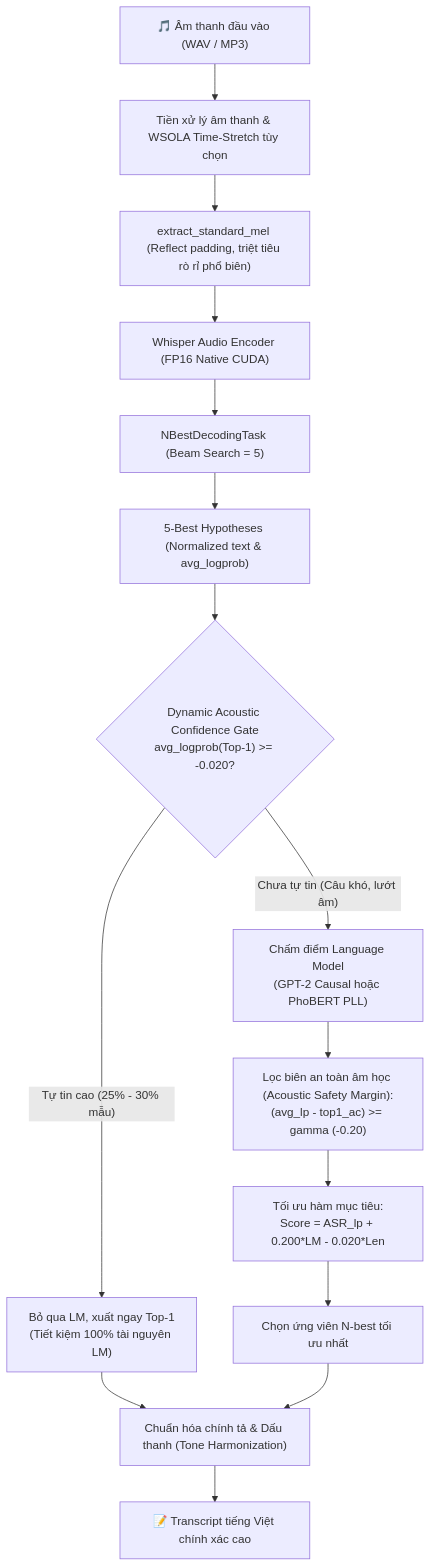
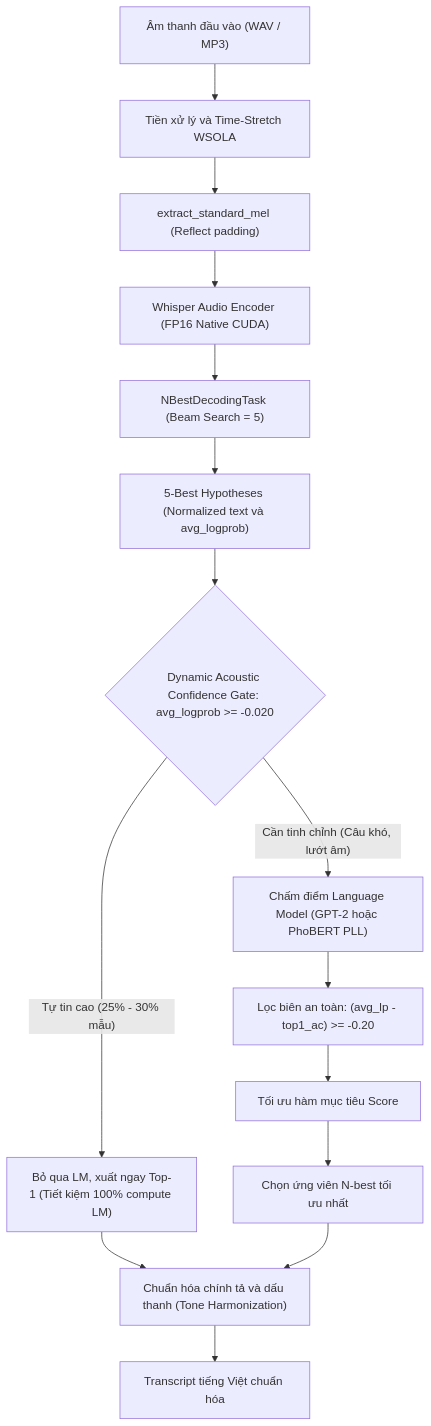
Before and after one commit to apase95/Speech-to-Text-PhoWhisper: the diagram in README.md, drawn with Mermaid. The commit also changed other lines of this file and 1 other file, not shown here.

Commit message:
docs: fix Mermaid and KaTeX rendering on GitHub, add foundation model links

````diff
--- a/README.md
+++ b/README.md
@@ -77,21 +77,21 @@
 ```mermaid
-flowchart TD
-    Audio["🎵 Âm thanh đầu vào (WAV / MP3)"] --> Pre["Tiền xử lý âm thanh & WSOLA Time-Stretch tùy chọn"]
-    Pre --> Mel["extract_standard_mel (Reflect padding, triệt tiêu rò rỉ phổ biên)"]
+graph TD
+    Audio["Âm thanh đầu vào (WAV / MP3)"] --> Pre["Tiền xử lý và Time-Stretch WSOLA"]
+    Pre --> Mel["extract_standard_mel (Reflect padding)"]
     Mel --> Enc["Whisper Audio Encoder (FP16 Native CUDA)"]
     Enc --> Dec["NBestDecodingTask (Beam Search = 5)"]
-    Dec --> NBest["5-Best Hypotheses (Normalized text & avg_logprob)"]
+    Dec --> NBest["5-Best Hypotheses (Normalized text và avg_logprob)"]
     
-    NBest --> Gate{"Dynamic Acoustic Confidence Gate<br/>avg_logprob(Top-1) >= -0.020?"}
+    NBest --> Gate{"Dynamic Acoustic Confidence Gate: avg_logprob >= -0.020"}
     
-    Gate -- "Tự tin cao (25% - 30% mẫu)" --> FastOut["Bỏ qua LM, xuất ngay Top-1<br/>(Tiết kiệm 100% tài nguyên LM)"]
+    Gate -->|"Tự tin cao (25% - 30% mẫu)"| FastOut["Bỏ qua LM, xuất ngay Top-1 (Tiết kiệm 100% compute LM)"]
+    Gate -->|"Cần tinh chỉnh (Câu khó, lướt âm)"| LM["Chấm điểm Language Model (GPT-2 hoặc PhoBERT PLL)"]
     
-    Gate -- "Chưa tự tin (Câu khó, lướt âm)" --> LM["Chấm điểm Language Model<br/>(GPT-2 Causal hoặc PhoBERT PLL)"]
-    LM --> Safety["Lọc biên an toàn âm học (Acoustic Safety Margin):<br/>(avg_lp - top1_ac) >= gamma (-0.20)"]
-    Safety --> Objective["Tối ưu hàm mục tiêu:<br/>Score = ASR_lp + 0.200*LM - 0.020*Len"]
+    LM --> Safety["Lọc biên an toàn: (avg_lp - top1_ac) >= -0.20"]
+    Safety --> Objective["Tối ưu hàm mục tiêu Score"]
     Objective --> BestCand["Chọn ứng viên N-best tối ưu nhất"]
     
-    FastOut --> Harm["Chuẩn hóa chính tả & Dấu thanh (Tone Harmonization)"]
+    FastOut --> Harm["Chuẩn hóa chính tả và dấu thanh (Tone Harmonization)"]
     BestCand --> Harm
-    Harm --> Final["📝 Transcript tiếng Việt chính xác cao"]
+    Harm --> Final["Transcript tiếng Việt chuẩn hóa"]
 ```
````
